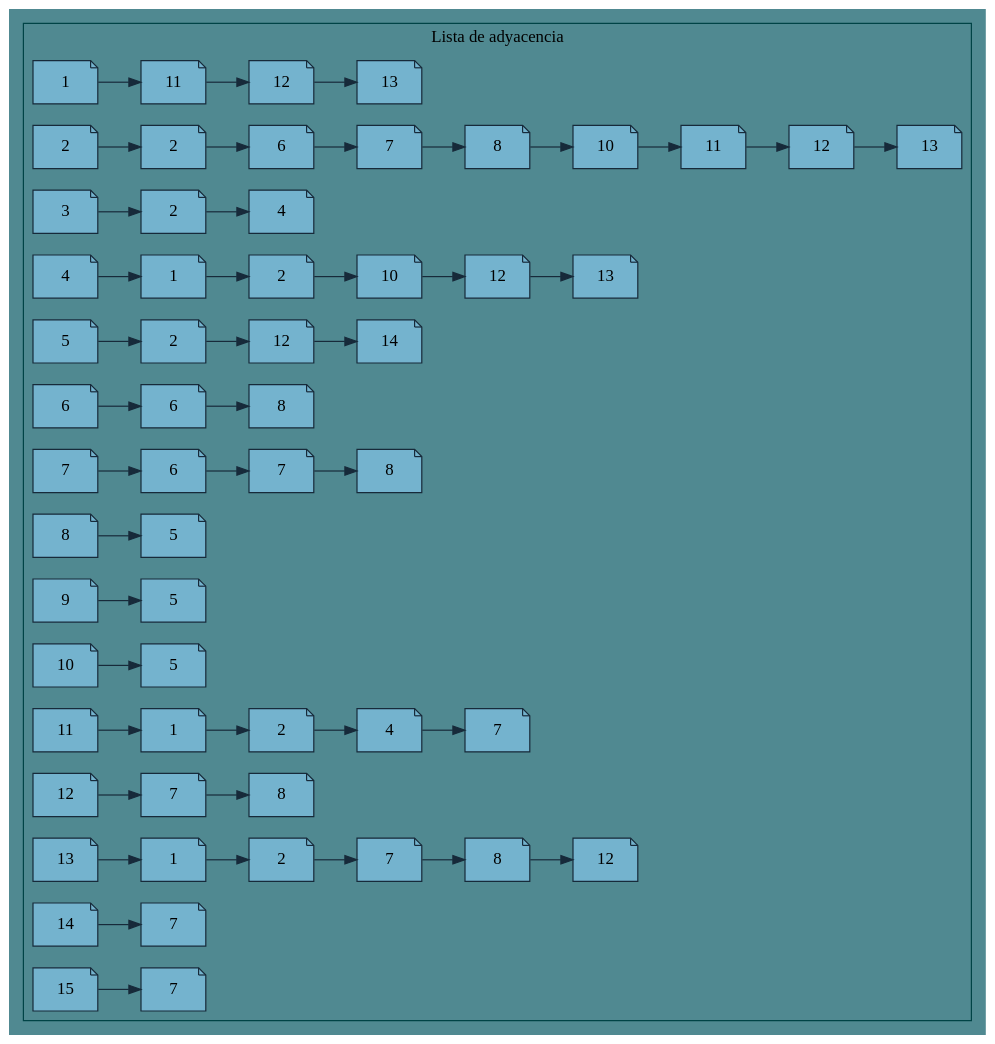
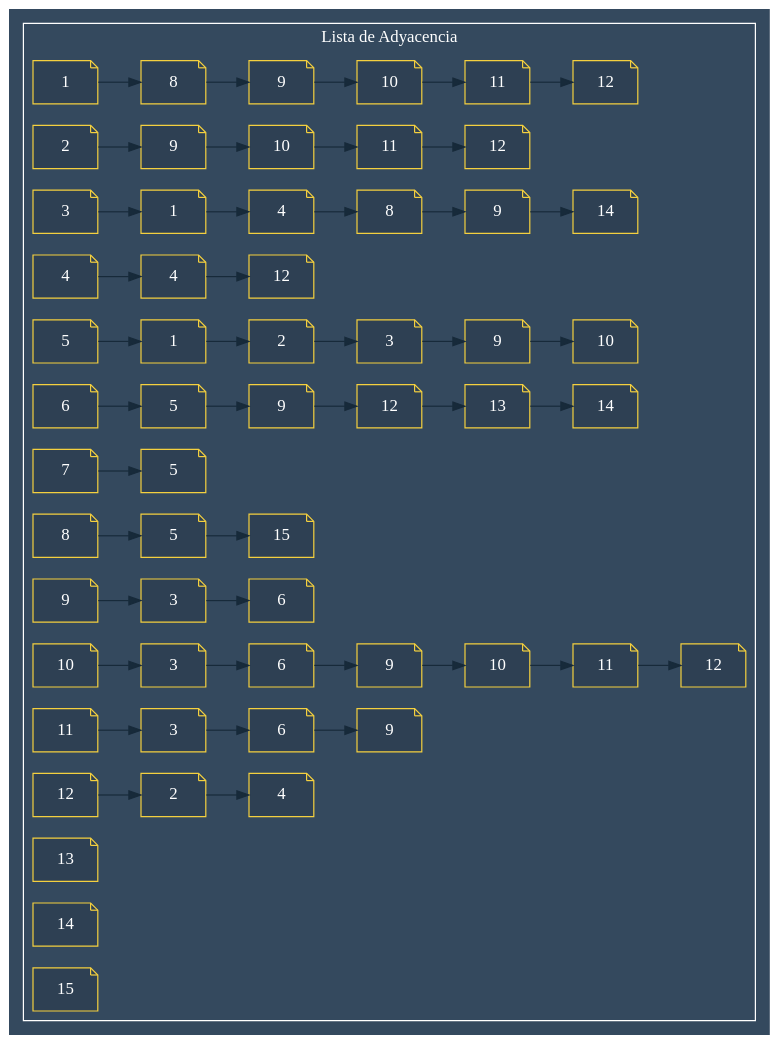
Before and after one commit to Desconocido502/-EDD_2S-BatallaNaval_201902502: the diagram in Fase 3/Cliente/EDDimg/ListaAdyacencia.dot, drawn with Graphviz. The commit also changed 19 other files, not shown here.

```diff
--- a/Fase 3/Cliente/EDDimg/ListaAdyacencia.dot
+++ b/Fase 3/Cliente/EDDimg/ListaAdyacencia.dot
@@ -1,89 +1,89 @@
 
         digraph G {
             rankdir=LR
             compound = true;
             labelloc="t";
-            bgcolor = "#508991";
-            fontcolor = Black;
-            color = "#004346"
+            bgcolor = "#34495E";
+            fontcolor = white;
+            color = "#ffffff"
 
         subgraph cluster_0 {
-            node [style=filled,shape=note,fillcolor="#74b3ce",color = "#172A3A"];
-            label = "Lista de adyacencia"
+            node [style=filled,shape=note,fillcolor="#2E4053",color = "#F4D03F" fontcolor=white];
+            label = "Lista de Adyacencia"
         
-			 n1[label ="1"]
-			 n11_1[label ="11"]
-			 n12_1[label ="12"]
-			 n13_1[label ="13"]
-			 n2[label ="2"]
-			 n2_2[label ="2"]
-			 n6_2[label ="6"]
-			 n7_2[label ="7"]
-			 n8_2[label ="8"]
-			 n10_2[label ="10"]
-			 n11_2[label ="11"]
-			 n12_2[label ="12"]
-			 n13_2[label ="13"]
-			 n3[label ="3"]
-			 n2_3[label ="2"]
-			 n4_3[label ="4"]
-			 n4[label ="4"]
-			 n1_4[label ="1"]
-			 n2_4[label ="2"]
-			 n10_4[label ="10"]
-			 n12_4[label ="12"]
-			 n13_4[label ="13"]
-			 n5[label ="5"]
-			 n2_5[label ="2"]
-			 n12_5[label ="12"]
-			 n14_5[label ="14"]
-			 n6[label ="6"]
-			 n6_6[label ="6"]
-			 n8_6[label ="8"]
-			 n7[label ="7"]
-			 n6_7[label ="6"]
-			 n7_7[label ="7"]
-			 n8_7[label ="8"]
-			 n8[label ="8"]
-			 n5_8[label ="5"]
-			 n9[label ="9"]
-			 n5_9[label ="5"]
-			 n10[label ="10"]
-			 n5_10[label ="5"]
-			 n11[label ="11"]
-			 n1_11[label ="1"]
-			 n2_11[label ="2"]
-			 n4_11[label ="4"]
-			 n7_11[label ="7"]
-			 n12[label ="12"]
-			 n7_12[label ="7"]
-			 n8_12[label ="8"]
-			 n13[label ="13"]
-			 n1_13[label ="1"]
-			 n2_13[label ="2"]
-			 n7_13[label ="7"]
-			 n8_13[label ="8"]
-			 n12_13[label ="12"]
-			 n14[label ="14"]
-			 n7_14[label ="7"]
-			 n15[label ="15"]
-			 n7_15[label ="7"]
+			 n1[label ="1" fontcolor=white]
+			 n8_1[label ="8" fontcolor=white]
+			 n9_1[label ="9" fontcolor=white]
+			 n10_1[label ="10" fontcolor=white]
+			 n11_1[label ="11" fontcolor=white]
+			 n12_1[label ="12" fontcolor=white]
+			 n2[label ="2" fontcolor=white]
+			 n9_2[label ="9" fontcolor=white]
+			 n10_2[label ="10" fontcolor=white]
+			 n11_2[label ="11" fontcolor=white]
+			 n12_2[label ="12" fontcolor=white]
+			 n3[label ="3" fontcolor=white]
+			 n1_3[label ="1" fontcolor=white]
+			 n4_3[label ="4" fontcolor=white]
+			 n8_3[label ="8" fontcolor=white]
+			 n9_3[label ="9" fontcolor=white]
+			 n14_3[label ="14" fontcolor=white]
+			 n4[label ="4" fontcolor=white]
+			 n4_4[label ="4" fontcolor=white]
+			 n12_4[label ="12" fontcolor=white]
+			 n5[label ="5" fontcolor=white]
+			 n1_6[label ="1" fontcolor=white]
+			 n2_6[label ="2" fontcolor=white]
+			 n3_6[label ="3" fontcolor=white]
+			 n9_6[label ="9" fontcolor=white]
+			 n10_6[label ="10" fontcolor=white]
+			 n6[label ="6" fontcolor=white]
+			 n5_7[label ="5" fontcolor=white]
+			 n9_7[label ="9" fontcolor=white]
+			 n12_7[label ="12" fontcolor=white]
+			 n13_7[label ="13" fontcolor=white]
+			 n14_7[label ="14" fontcolor=white]
+			 n7[label ="7" fontcolor=white]
+			 n5_8[label ="5" fontcolor=white]
+			 n8[label ="8" fontcolor=white]
+			 n5_9[label ="5" fontcolor=white]
+			 n15_9[label ="15" fontcolor=white]
+			 n9[label ="9" fontcolor=white]
+			 n3_10[label ="3" fontcolor=white]
+			 n6_10[label ="6" fontcolor=white]
+			 n10[label ="10" fontcolor=white]
+			 n3_11[label ="3" fontcolor=white]
+			 n6_11[label ="6" fontcolor=white]
+			 n9_11[label ="9" fontcolor=white]
+			 n10_11[label ="10" fontcolor=white]
+			 n11_11[label ="11" fontcolor=white]
+			 n12_11[label ="12" fontcolor=white]
+			 n11[label ="11" fontcolor=white]
+			 n3_12[label ="3" fontcolor=white]
+			 n6_12[label ="6" fontcolor=white]
+			 n9_12[label ="9" fontcolor=white]
+			 n12[label ="12" fontcolor=white]
+			 n2_13[label ="2" fontcolor=white]
+			 n4_13[label ="4"]
+n13[label ="13"]
+n14[label ="14"]
+n15[label ="15"]
 
-			 n1->n11_1->n12_1->n13_1[color = "#172A3A"];
-			 n2->n2_2->n6_2->n7_2->n8_2->n10_2->n11_2->n12_2->n13_2[color = "#172A3A"];
-			 n3->n2_3->n4_3[color = "#172A3A"];
-			 n4->n1_4->n2_4->n10_4->n12_4->n13_4[color = "#172A3A"];
-			 n5->n2_5->n12_5->n14_5[color = "#172A3A"];
-			 n6->n6_6->n8_6[color = "#172A3A"];
-			 n7->n6_7->n7_7->n8_7[color = "#172A3A"];
-			 n8->n5_8[color = "#172A3A"];
-			 n9->n5_9[color = "#172A3A"];
-			 n10->n5_10[color = "#172A3A"];
-			 n11->n1_11->n2_11->n4_11->n7_11[color = "#172A3A"];
-			 n12->n7_12->n8_12[color = "#172A3A"];
-			 n13->n1_13->n2_13->n7_13->n8_13->n12_13[color = "#172A3A"];
-			 n14->n7_14[color = "#172A3A"];
-			 n15->n7_15[color = "#172A3A"];
+			 n1->n8_1->n9_1->n10_1->n11_1->n12_1[color = "#172A3A"];
+			 n2->n9_2->n10_2->n11_2->n12_2[color = "#172A3A"];
+			 n3->n1_3->n4_3->n8_3->n9_3->n14_3[color = "#172A3A"];
+			 n4->n4_4->n12_4[color = "#172A3A"];
+			 n5->n1_6->n2_6->n3_6->n9_6->n10_6[color = "#172A3A"];
+			 n6->n5_7->n9_7->n12_7->n13_7->n14_7[color = "#172A3A"];
+			 n7->n5_8[color = "#172A3A"];
+			 n8->n5_9->n15_9[color = "#172A3A"];
+			 n9->n3_10->n6_10[color = "#172A3A"];
+			 n10->n3_11->n6_11->n9_11->n10_11->n11_11->n12_11[color = "#172A3A"];
+			 n11->n3_12->n6_12->n9_12[color = "#172A3A"];
+			 n12->n2_13->n4_13[color = "#172A3A"];
+n13
+n14
+n15
 
  } 
  }
```
